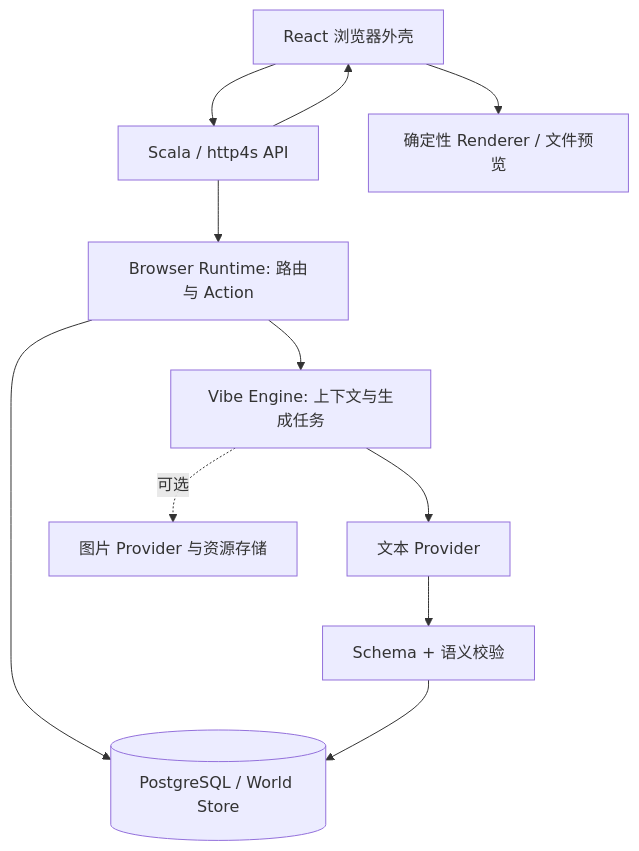
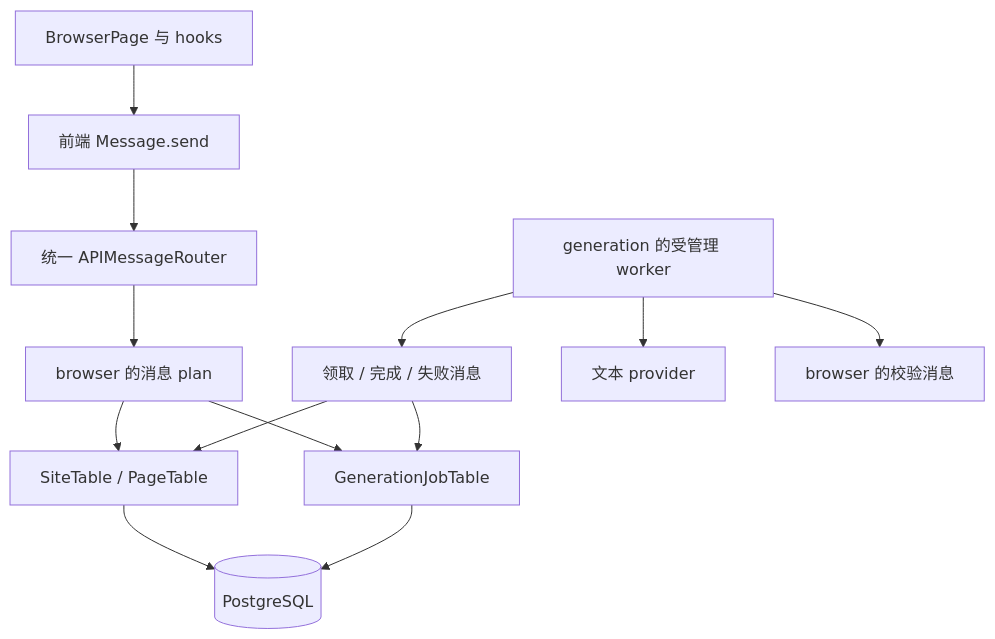
Before and after one commit to 666DHG/vibrowser: the diagram in docs/ARCHITECTURE.md, drawn with Mermaid. The commit also changed other lines of this file and 4 other files, not shown here.

Commit message:
docs: align roadmap and class design with course standards

````diff
--- a/docs/ARCHITECTURE.md
+++ b/docs/ARCHITECTURE.md
@@ -7,13 +15,15 @@
 ```mermaid
 flowchart TD
-    UI[React 浏览器外壳] --> API[Scala / http4s API]
-    API --> Runtime[Browser Runtime: 路由与 Action]
-    Runtime --> DB[(PostgreSQL / World Store)]
-    Runtime --> Engine[Vibe Engine: 上下文与生成任务]
-    Engine --> LLM[文本 Provider]
-    LLM --> Validate[Schema + 语义校验]
-    Validate --> DB
-    API --> UI
-    UI --> Renderer[确定性 Renderer / 文件预览]
-    Engine -. 可选 .-> Images[图片 Provider 与资源存储]
+    UI[BrowserPage 与 hooks] --> Client[前端 Message.send]
+    Client --> Router[统一 APIMessageRouter]
+    Router --> Message[browser 的消息 plan]
+    Message --> BT[SiteTable / PageTable]
+    Message --> JT[GenerationJobTable]
+    Worker[generation 的受管理 worker] --> Internal[领取 / 完成 / 失败消息]
+    Internal --> BT
+    Internal --> JT
+    Worker --> Provider[文本 provider]
+    Worker --> Validator[browser 的校验消息]
+    BT --> DB[(PostgreSQL)]
+    JT --> DB
 ```
````
